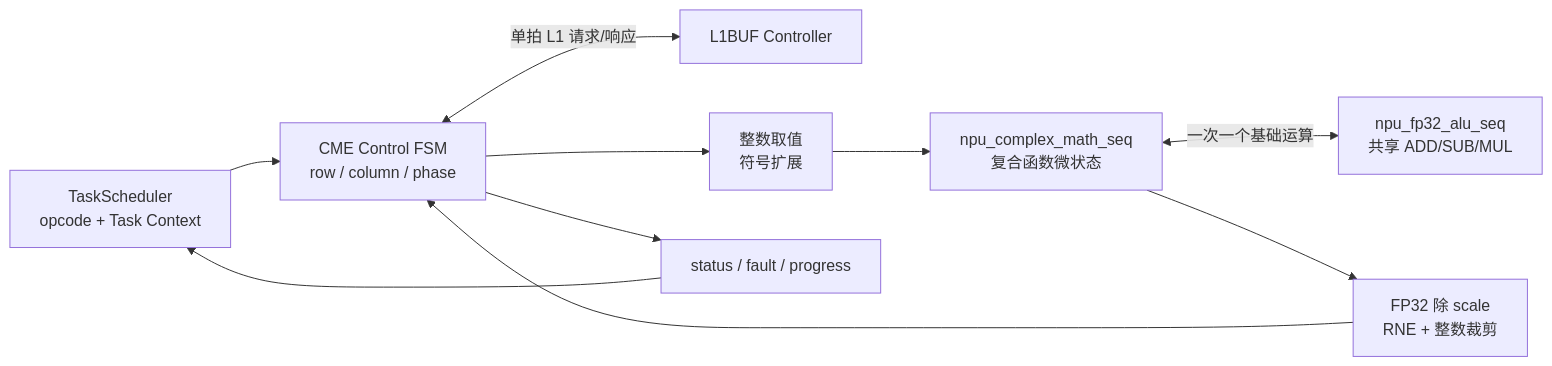
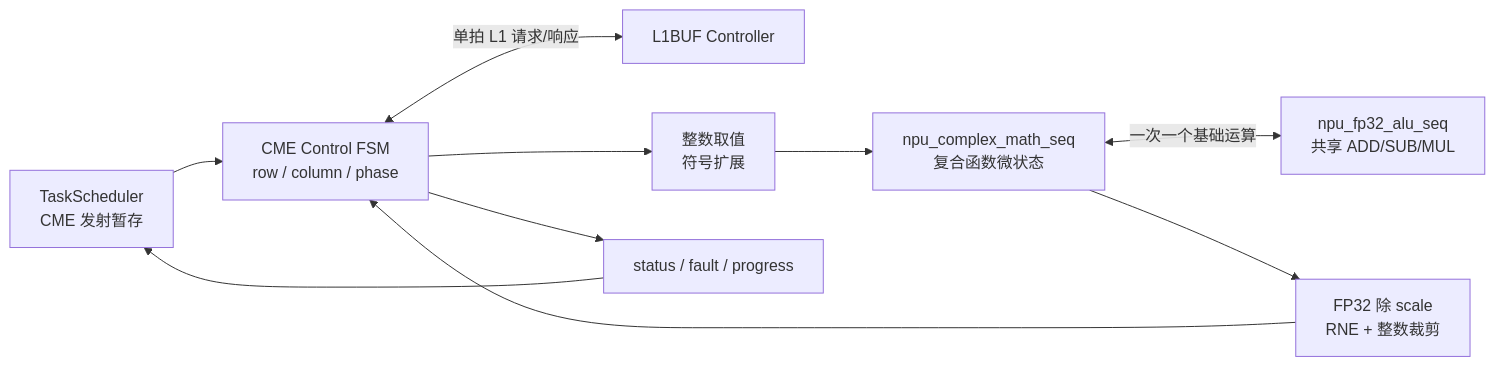
The tenth of 17 diagrams in NPU/NPU 指令与硬件架构设计 Spec.md (Little-W/Obsidian), drawn with Mermaid before and after one commit. The commit also changed other lines of this file, not shown here.

````diff
--- a/NPU/NPU 指令与硬件架构设计 Spec.md
+++ b/NPU/NPU 指令与硬件架构设计 Spec.md
@@ -3247,21 +3264,21 @@
 ```mermaid
 flowchart LR
-    TS["TaskScheduler<br/>opcode + Task Context"]
+    TS["TaskScheduler<br/>CME 发射暂存"]
     CFSM["CME Control FSM<br/>row / column / phase"]
     L1C["L1BUF Controller"]
     CONV["整数取值<br/>符号扩展"]
     MSEQ["npu_complex_math_seq<br/>复合函数微状态"]
     ALU["npu_fp32_alu_seq<br/>共享 ADD/SUB/MUL"]
     OUT["FP32 除 scale<br/>RNE + 整数裁剪"]
     DONE["status / fault / progress"]
 
     TS --> CFSM
     CFSM <-->|"单拍 L1 请求/响应"| L1C
     CFSM --> CONV
     CONV --> MSEQ
     MSEQ <-->|"一次一个基础运算"| ALU
     MSEQ --> OUT
     OUT --> CFSM
     CFSM --> DONE
     DONE --> TS
 ```
````
